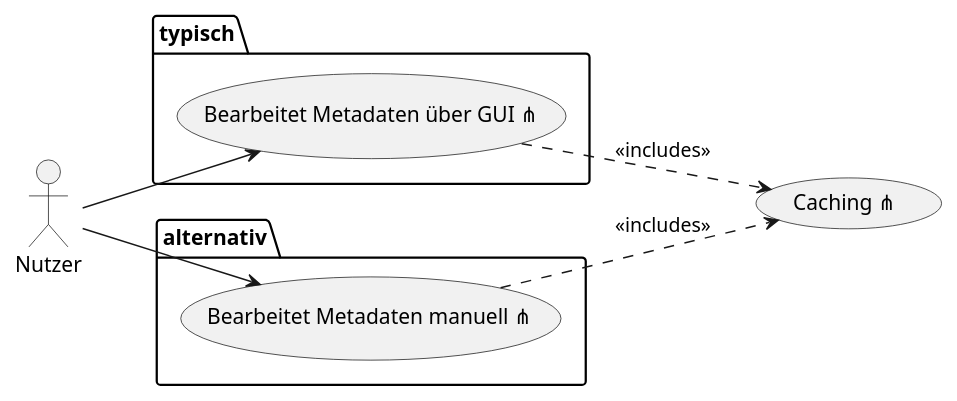
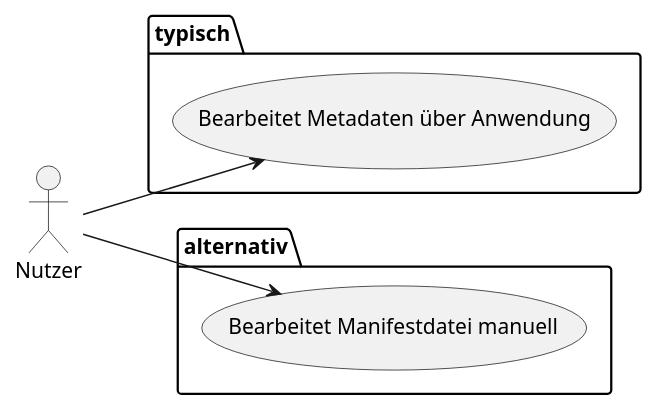
One commit to SoftwareEngineeringOne/wiki changed the fifth of 20 diagrams in wiki/topics/Inkremente/00/Anforderungsanalyse.md. Above: the diagram before and after it, drawn with PlantUML. The commit also changed other lines of this file, not shown here.

````diff
--- a/wiki/topics/Inkremente/00/Anforderungsanalyse.md
+++ b/wiki/topics/Inkremente/00/Anforderungsanalyse.md
@@ -139,19 +205,16 @@
 ```plantuml
 @startuml
 left to right direction
 
 actor Nutzer as u
-usecase "Caching ⋔" as c
 
 package typisch {
-u --> (Bearbeitet Metadaten über GUI ⋔)
+u --> (Bearbeitet Metadaten über Anwendung) 
 }
 
 package alternativ {
-u --> (Bearbeitet Metadaten manuell ⋔)
+u --> (Bearbeitet Manifestdatei manuell)
 }
 
-c <.up. (Bearbeitet Metadaten über GUI ⋔) : <<includes>>
-c <.up. (Bearbeitet Metadaten manuell ⋔) : <<includes>>
 @enduml
 ```
````
